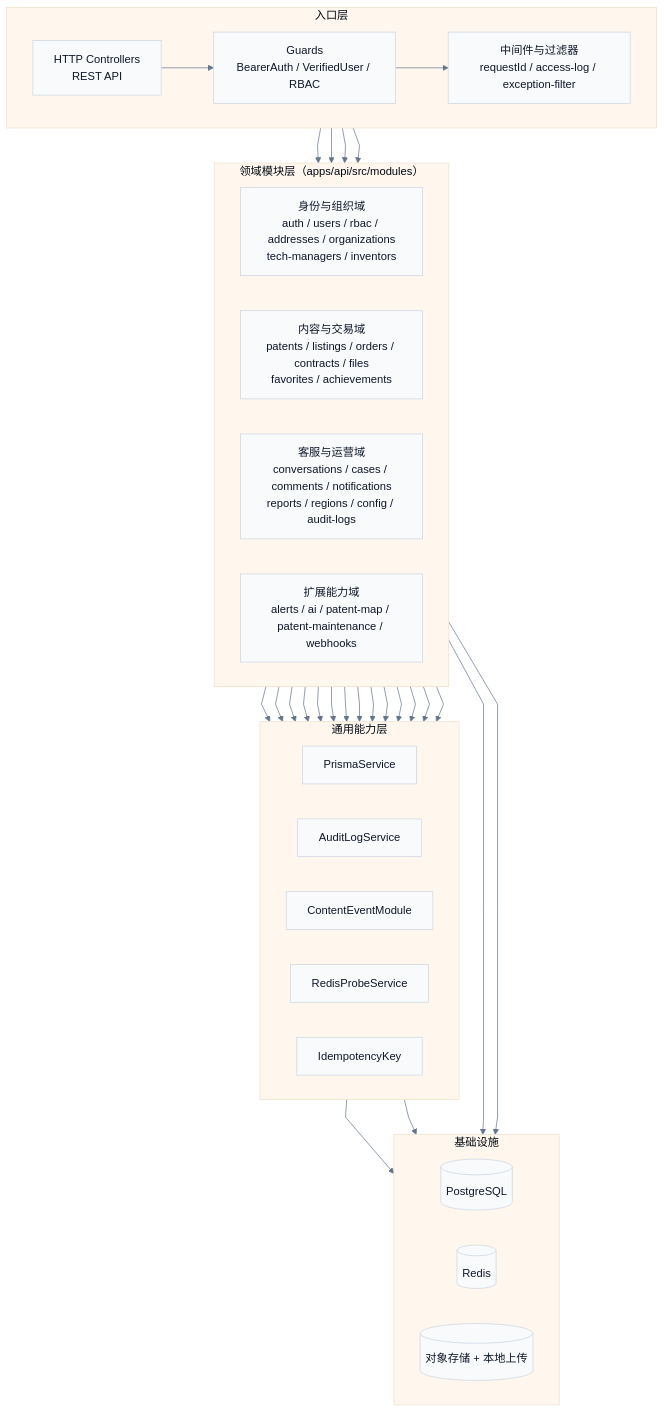
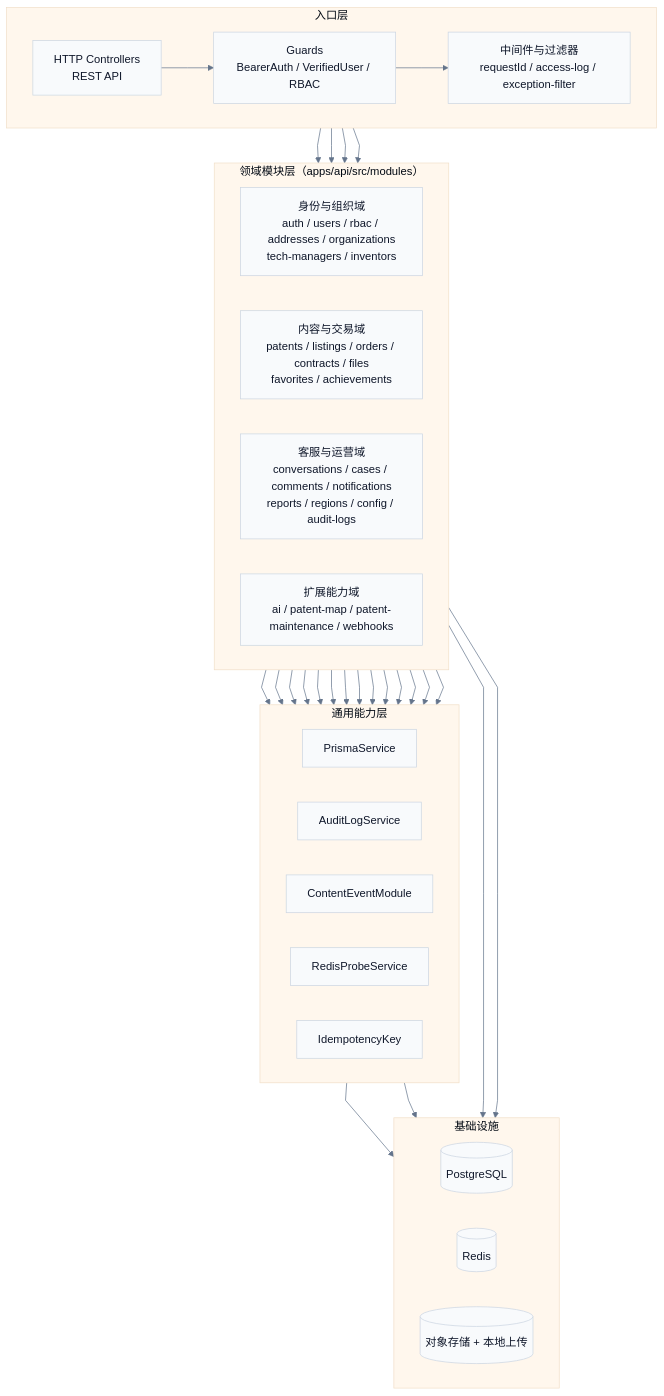
One commit to Ming-1984/Ipmoney changed the diagram in docs/architecture/c4-component-api-core.mmd. Above: the diagram before and after it, drawn with Mermaid. The commit also changed 41 other files, not shown here.

```diff
--- a/docs/architecture/c4-component-api-core.mmd
+++ b/docs/architecture/c4-component-api-core.mmd
@@ -1,61 +1,61 @@
 %%{init: {'theme':'base','flowchart': {'htmlLabels': true, 'curve': 'linear'},'themeVariables': {'fontFamily': 'Microsoft YaHei, PingFang SC, Noto Sans CJK SC, Helvetica Neue, Arial, sans-serif','lineColor':'#64748B','primaryTextColor':'#0F172A','primaryBorderColor':'#CBD5E1','primaryColor':'#F8FAFC','secondaryColor':'#EFF6FF','tertiaryColor':'#FFF7ED'}}}%%
 flowchart TB
   subgraph Entry[入口层]
     direction LR
     Controllers["HTTP Controllers<br/>REST API"]
     Guards["Guards<br/>BearerAuth / VerifiedUser / RBAC"]
     Middlewares["中间件与过滤器<br/>requestId / access-log / exception-filter"]
   end
 
   subgraph Domains[领域模块层（apps/api/src/modules）]
     direction LR
     DomainAuth["身份与组织域<br/>auth / users / rbac / addresses / organizations<br/>tech-managers / inventors"]
     DomainTrade["内容与交易域<br/>patents / listings / orders / contracts / files<br/>favorites / achievements"]
     DomainService["客服与运营域<br/>conversations / cases / comments / notifications<br/>reports / regions / config / audit-logs"]
-    DomainExt["扩展能力域<br/>alerts / ai / patent-map / patent-maintenance / webhooks"]
+    DomainExt["扩展能力域<br/>ai / patent-map / patent-maintenance / webhooks"]
   end
 
   subgraph Common[通用能力层]
     direction LR
     Prisma[PrismaService]
     Audit[AuditLogService]
     ContentEvent[ContentEventModule]
     RedisProbe[RedisProbeService]
     Idempotency[IdempotencyKey]
   end
 
   subgraph Infra[基础设施]
     direction LR
     PG[(PostgreSQL)]
     Redis[(Redis)]
     ObjectStore[(对象存储 + 本地上传)]
   end
 
   Controllers --> Guards --> Middlewares
   Middlewares --> DomainAuth
   Middlewares --> DomainTrade
   Middlewares --> DomainService
   Middlewares --> DomainExt
 
   DomainAuth --> Prisma
   DomainTrade --> Prisma
   DomainService --> Prisma
   DomainExt --> Prisma
 
   DomainTrade --> Audit
   DomainService --> Audit
   DomainExt --> Audit
 
   DomainTrade --> ContentEvent
   DomainService --> ContentEvent
   DomainTrade --> RedisProbe
   DomainService --> RedisProbe
   DomainExt --> RedisProbe
 
   DomainTrade --> Idempotency
   DomainService --> Idempotency
 
   Prisma --> PG
   RedisProbe --> Redis
   DomainTrade --> ObjectStore
   DomainService --> ObjectStore
```
